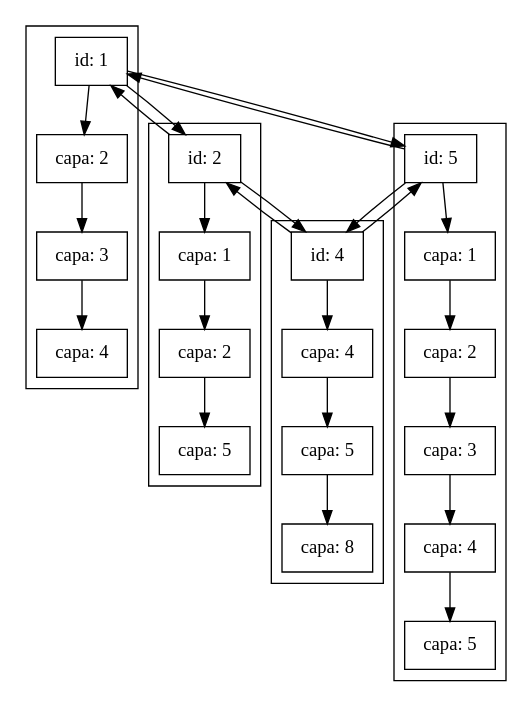
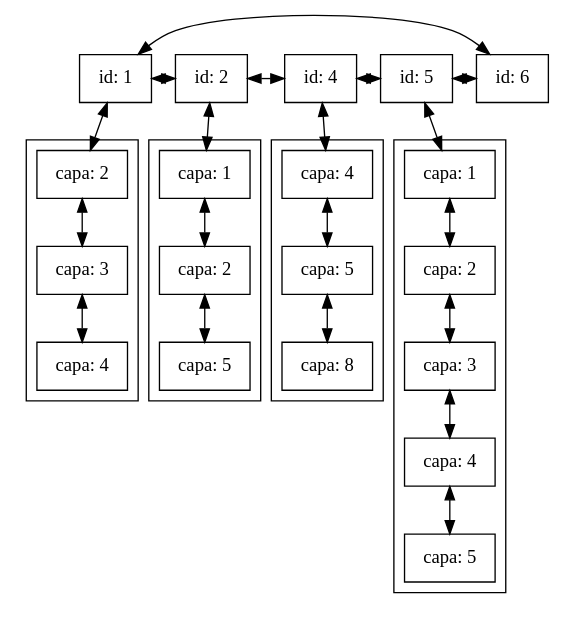
Before and after one commit to froi0409/GeneradorImagenes: the diagram in GeneradorFiguras/ListaImagenes.dot, drawn with Graphviz. The commit also changed 7 other files, not shown here.

```diff
--- a/GeneradorFiguras/ListaImagenes.dot
+++ b/GeneradorFiguras/ListaImagenes.dot
@@ -1,41 +1,41 @@
 digraph listaDoble {
-node [shape = record]
+node [shape = box]
+edge [dir = both]
+e0[ shape = point, width = 0 ];
+e1[ shape = point, width = 0 ];
 subgraph cluster_1 {
 nodo1 [ label ="id: 1"];
 capa1o2 [ label ="capa: 2"];
 capa1o3 [ label ="capa: 3"];
 capa1o4 [ label ="capa: 4"];
 nodo1->capa1o2->capa1o3->capa1o4
 }
 subgraph cluster_2 {
 nodo2 [ label ="id: 2"];
 capa2o1 [ label ="capa: 1"];
 capa2o2 [ label ="capa: 2"];
 capa2o5 [ label ="capa: 5"];
 nodo2->capa2o1->capa2o2->capa2o5
 }
 subgraph cluster_3 {
 nodo4 [ label ="id: 4"];
 capa4o4 [ label ="capa: 4"];
 capa4o5 [ label ="capa: 5"];
 capa4o8 [ label ="capa: 8"];
 nodo4->capa4o4->capa4o5->capa4o8
 }
 subgraph cluster_4 {
 nodo5 [ label ="id: 5"];
 capa5o1 [ label ="capa: 1"];
 capa5o2 [ label ="capa: 2"];
 capa5o3 [ label ="capa: 3"];
 capa5o4 [ label ="capa: 4"];
 capa5o5 [ label ="capa: 5"];
 nodo5->capa5o1->capa5o2->capa5o3->capa5o4->capa5o5
 }
-nodo1->nodo2
-nodo1->nodo5
-nodo2->nodo4
-nodo2->nodo1
-nodo4->nodo5
-nodo4->nodo2
-nodo5->nodo1
-nodo5->nodo4
+subgraph cluster_5 {
+nodo6 [ label ="id: 6"];
+
 }
+rank = same { nodo1->nodo2->nodo4->nodo5->nodo6->nodo1 };
+}
```
